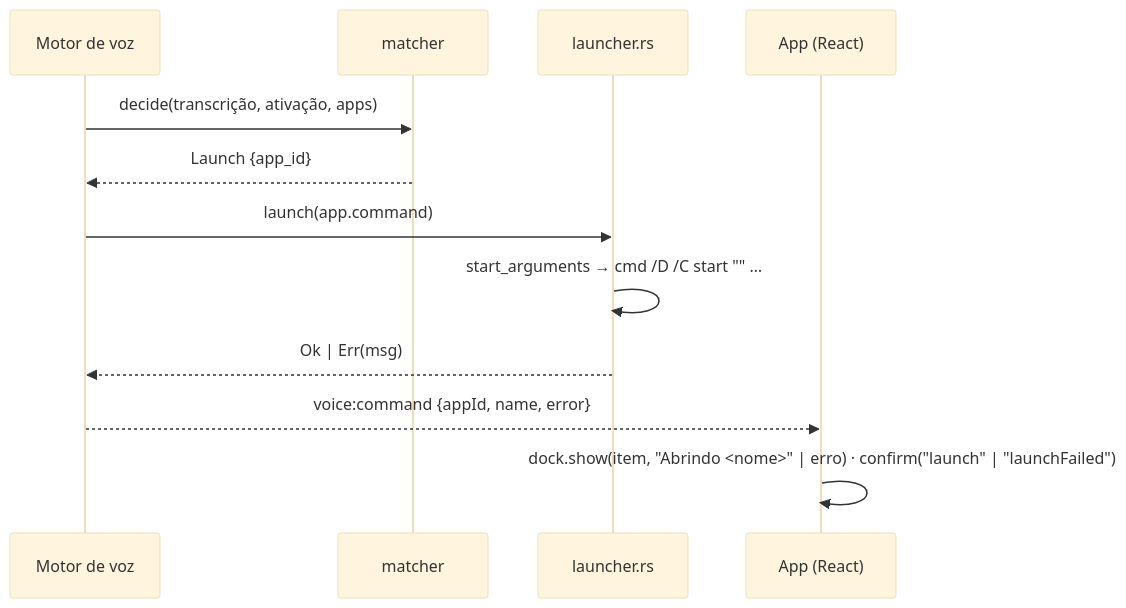
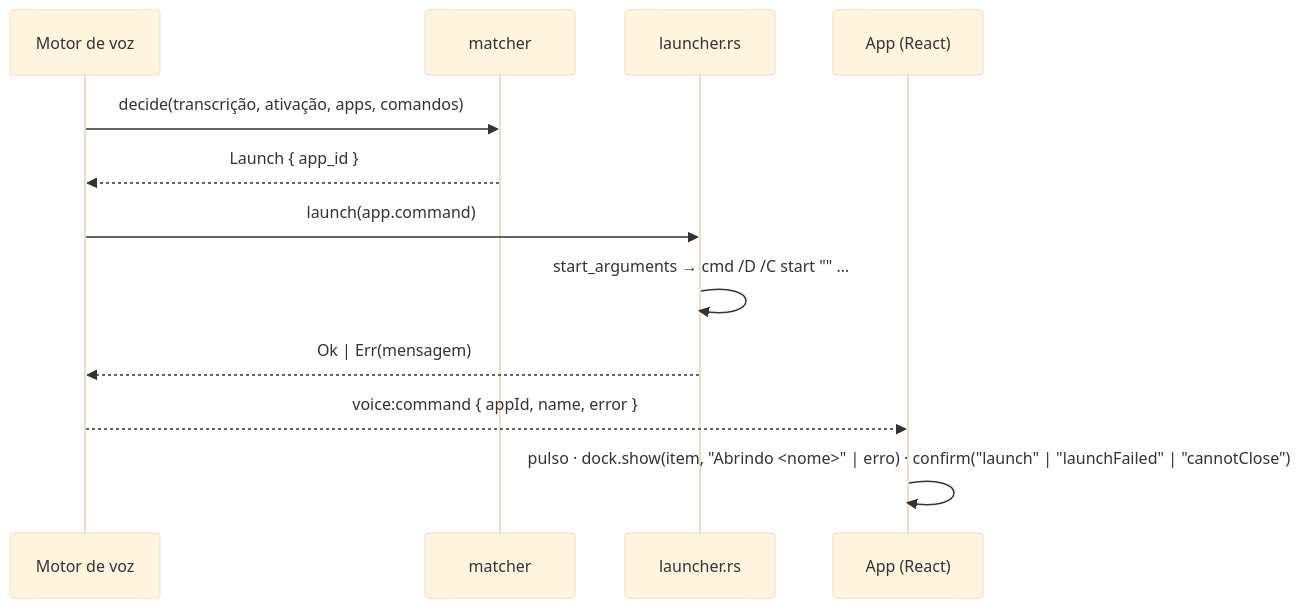
The diagram in .specs/features/app-launcher/spec.md (felipeAguiarCode/jvOS), drawn with Mermaid (base theme) before and after one commit. The commit also changed other lines of this file and 90 other files, not shown here.

````diff
--- a/.specs/features/app-launcher/spec.md
+++ b/.specs/features/app-launcher/spec.md
@@ -248,14 +376,14 @@
 ```mermaid
 sequenceDiagram
   participant V as Motor de voz
   participant M as matcher
   participant L as launcher.rs
   participant UI as App (React)
-  V->>M: decide(transcrição, ativação, apps)
-  M-->>V: Launch {app_id}
+  V->>M: decide(transcrição, ativação, apps, comandos)
+  M-->>V: Launch { app_id }
   V->>L: launch(app.command)
   L->>L: start_arguments → cmd /D /C start "" …
-  L-->>V: Ok | Err(msg)
-  V-->>UI: voice:command {appId, name, error}
-  UI->>UI: dock.show(item, "Abrindo <nome>" | erro) · confirm("launch" | "launchFailed")
+  L-->>V: Ok | Err(mensagem)
+  V-->>UI: voice:command { appId, name, error }
+  UI->>UI: pulso · dock.show(item, "Abrindo <nome>" | erro) · confirm("launch" | "launchFailed" | "cannotClose")
 ```
````
